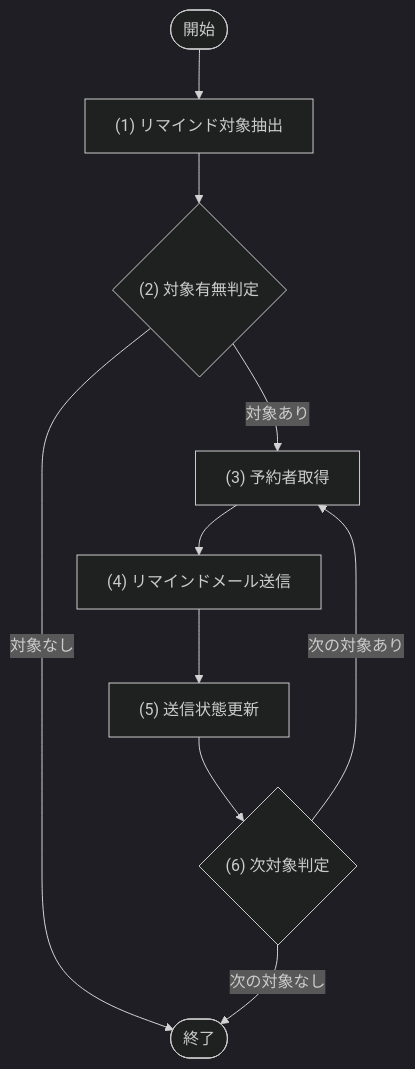
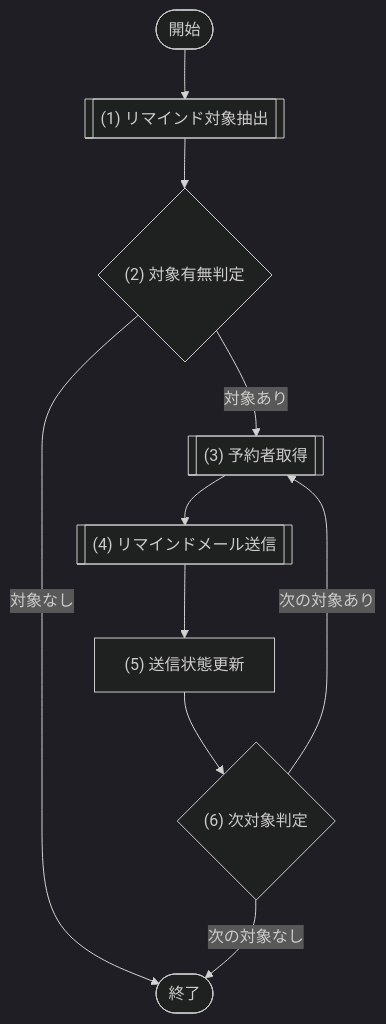
The diagram in docs/03_機能設計/05_モジュール設計/MOD-006_通知サービス.md (sikakou54/system-document-template), drawn with Mermaid (dark theme) before and after one commit. The commit also changed 28 other files, not shown here.

````diff
--- a/docs/03_機能設計/05_モジュール設計/MOD-006_通知サービス.md
+++ b/docs/03_機能設計/05_モジュール設計/MOD-006_通知サービス.md
@@ -49,17 +49,17 @@
 ```mermaid
 flowchart TD
   Start([開始])
-  P1["(1) リマインド対象抽出"]
+  P1[["(1) リマインド対象抽出"]]
   D1{"(2) 対象有無判定"}
-  P2["(3) 予約者取得"]
-  P3["(4) リマインドメール送信"]
+  P2[["(3) 予約者取得"]]
+  P3[["(4) リマインドメール送信"]]
   P4["(5) 送信状態更新"]
   D2{"(6) 次対象判定"}
   End([終了])
 
   Start --> P1 --> D1
   D1 -- "対象なし" --> End
   D1 -- "対象あり" --> P2 --> P3 --> P4 --> D2
   D2 -- "次の対象あり" --> P2
   D2 -- "次の対象なし" --> End
 ```
````
